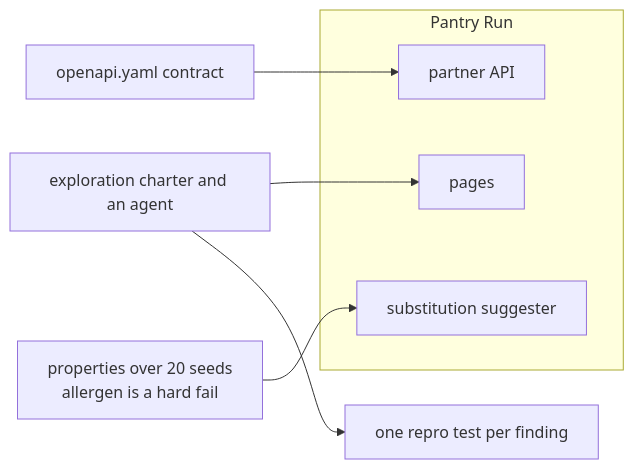
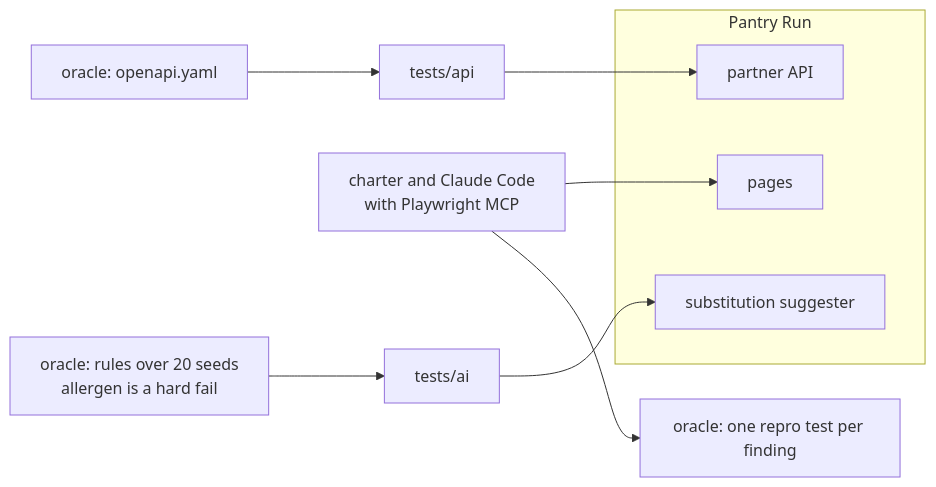
One commit to learnwithparam/agentic-qa-workshop changed the diagram in parts/04-test-beyond-the-ui/README.md. Above: the diagram before and after it, drawn with Mermaid. The commit also changed other lines of this file and 95 other files, not shown here.

First line of the commit message:
Part 04: Test the API, explore for unwritten bugs, and test the AI suggester (#5)

````diff
--- a/parts/04-test-beyond-the-ui/README.md
+++ b/parts/04-test-beyond-the-ui/README.md
@@ -25,12 +23,12 @@
 ```mermaid
 flowchart LR
   subgraph Pantry Run
     UI[pages]
     API[partner API]
     AI[substitution suggester]
   end
-  C[openapi.yaml contract] --> API
-  E[exploration charter and an agent] --> UI
-  E --> RP[one repro test per finding]
-  P[properties over 20 seeds<br/>allergen is a hard fail] --> AI
+  C[oracle: openapi.yaml] --> T1[tests/api] --> API
+  E[charter and Claude Code<br/>with Playwright MCP] --> UI
+  E --> RP[oracle: one repro test per finding]
+  P[oracle: rules over 20 seeds<br/>allergen is a hard fail] --> T3[tests/ai] --> AI
 ```
````
